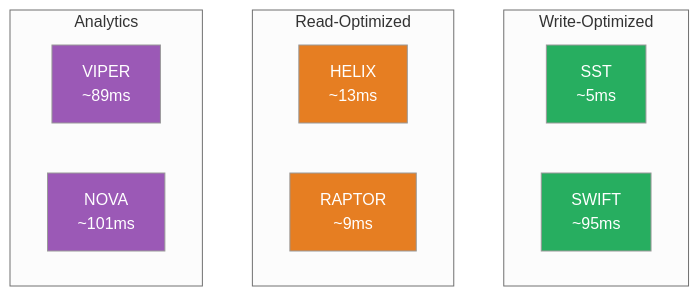
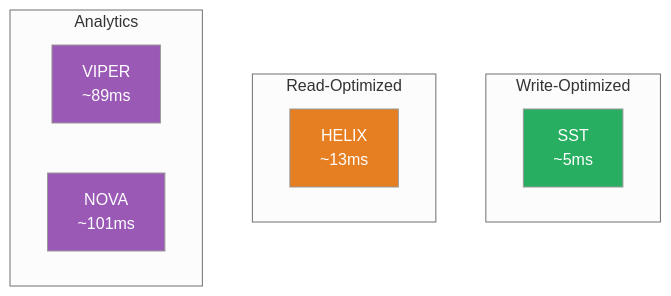
One commit to vjsingh1984/proximaDB changed the third of 8 diagrams in docs/01-quick-start/architecture-basics.md. Above: the diagram before and after it, drawn with Mermaid. The commit also changed other lines of this file and 1380 other files, not shown here.

````diff
--- a/docs/01-quick-start/architecture-basics.md
+++ b/docs/01-quick-start/architecture-basics.md
@@ -103,25 +100,21 @@
 ```mermaid
 %%{init: {"theme": "neutral"}}%%
 flowchart TB
   subgraph Write["Write-Optimized"]
     SST[SST<br/>~5ms]
-    SWIFT[SWIFT<br/>~95ms]
   end
 
   subgraph Read["Read-Optimized"]
     HELIX[HELIX<br/>~13ms]
-    RAPTOR[RAPTOR<br/>~9ms]
   end
 
   subgraph Analytics["Analytics"]
     VIPER[VIPER<br/>~89ms]
     NOVA[NOVA<br/>~101ms]
   end
 
   style SST fill:#27ae60,color:#fff
-  style SWIFT fill:#27ae60,color:#fff
   style HELIX fill:#e67e22,color:#fff
-  style RAPTOR fill:#e67e22,color:#fff
   style VIPER fill:#9b59b6,color:#fff
   style NOVA fill:#9b59b6,color:#fff
 ```
````
